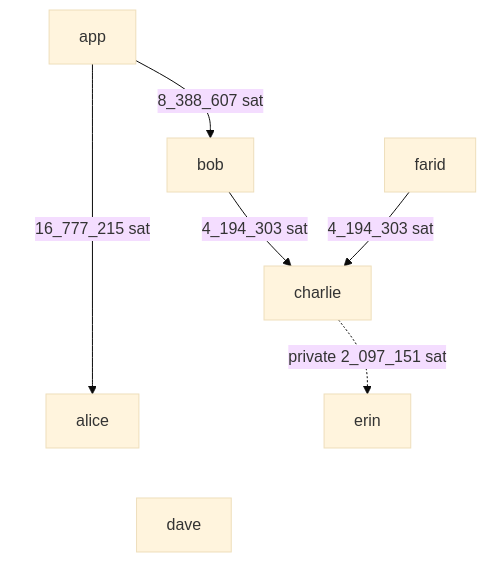
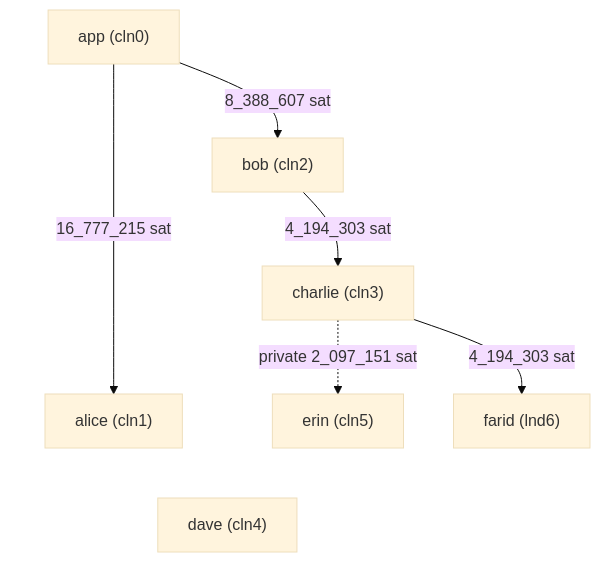
Before and after one commit to theborakompanioni/lightning-regtest-setup-devel: the diagram in readme.md, drawn with Mermaid (base theme).

Commit message:
docs: add labels to chart

````diff
--- a/readme.md
+++ b/readme.md
@@ -69,14 +69,21 @@
 ```mermaid
 flowchart TB
+   app["app (cln0)"]
+   alice["alice (cln1)"]
+   bob["bob (cln2)"]
+   charlie["charlie (cln3)"]
+   dave["dave (cln4)"]
+   erin["erin (cln5)"]
+   farid["farid (lnd6)"]
    app -->|16_777_215 sat| alice
    app -->|8_388_607 sat| bob
    bob -->|4_194_303 sat| charlie
-   farid -->|4_194_303 sat| charlie
+   charlie -->|4_194_303 sat| farid
    charlie -. private 2_097_151 sat .-> erin
    app ~~~ dave
    alice ~~~ dave
    bob ~~~ dave
    charlie ~~~ dave
    erin ~~~ dave
    farid ~~~ dave
 ```
````
